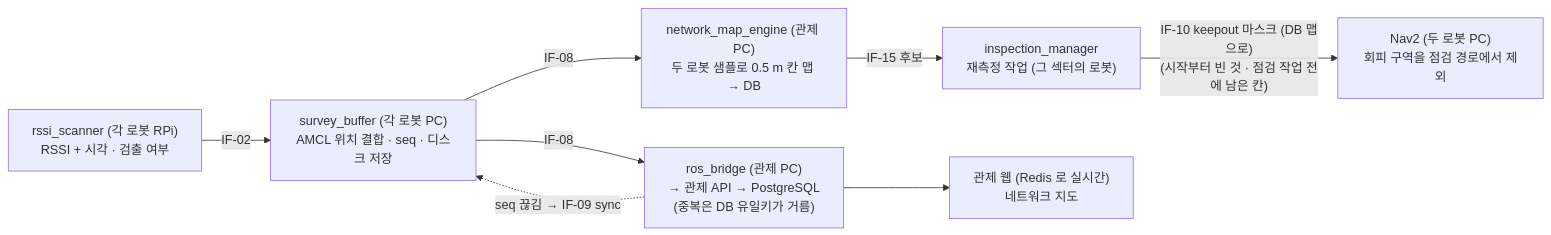
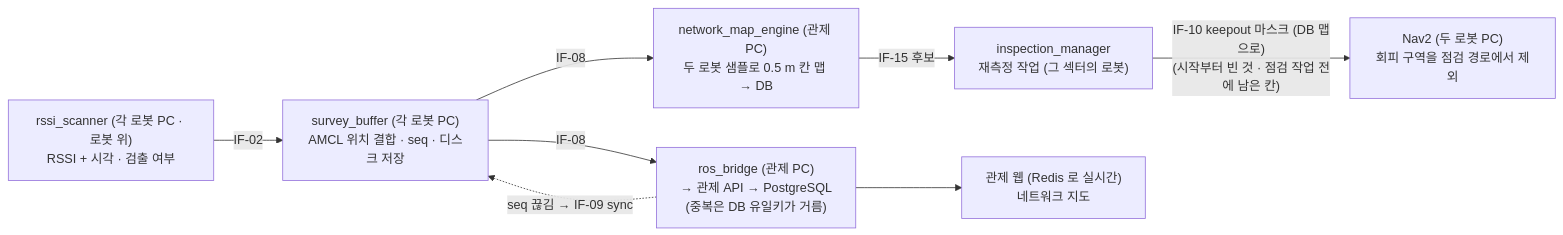
One commit to HJAE99/B_0102_Final_Project-archive changed the third of 4 diagrams in docs/deliverables/process_flow.md. Above: the diagram before and after it, drawn with Mermaid. The commit also changed other lines of this file and 19 other files, not shown here.

First line of the commit message:
docs: RSSI 측정은 로봇 위 로봇 PC 에서 (IF-02·04 는 로봇 PC 안, RPi 는 드라이버만) · 시스템 다이어그램 v2.1 (배치 다시 · 직각 화살표 · 판단을 코드식으로)

````diff
--- a/docs/deliverables/process_flow.md
+++ b/docs/deliverables/process_flow.md
@@ -65,10 +65,10 @@
 ```mermaid
 flowchart LR
-  R["rssi_scanner (각 로봇 RPi)<br>RSSI + 시각 · 검출 여부"] -- IF-02 --> B["survey_buffer (각 로봇 PC)<br>AMCL 위치 결합 · seq · 디스크 저장"]
+  R["rssi_scanner (각 로봇 PC · 로봇 위)<br>RSSI + 시각 · 검출 여부"] -- IF-02 --> B["survey_buffer (각 로봇 PC)<br>AMCL 위치 결합 · seq · 디스크 저장"]
   B -- IF-08 --> G["ros_bridge (관제 PC)<br>→ 관제 API → PostgreSQL<br>(중복은 DB 유일키가 거름)"]
   B -- IF-08 --> M["network_map_engine (관제 PC)<br>두 로봇 샘플로 0.5 m 칸 맵 → DB"]
   G -. "seq 끊김 → IF-09 sync" .-> B
   I -- "IF-10 keepout 마스크 (DB 맵으로)<br>(시작부터 빈 것 · 점검 작업 전에 남은 칸)" --> N["Nav2 (두 로봇 PC)<br>회피 구역을 점검 경로에서 제외"]
   M -- "IF-15 후보" --> I["inspection_manager<br>재측정 작업 (그 섹터의 로봇)"]
   G --> W["관제 웹 (Redis 로 실시간)<br>네트워크 지도"]
 ```
````
